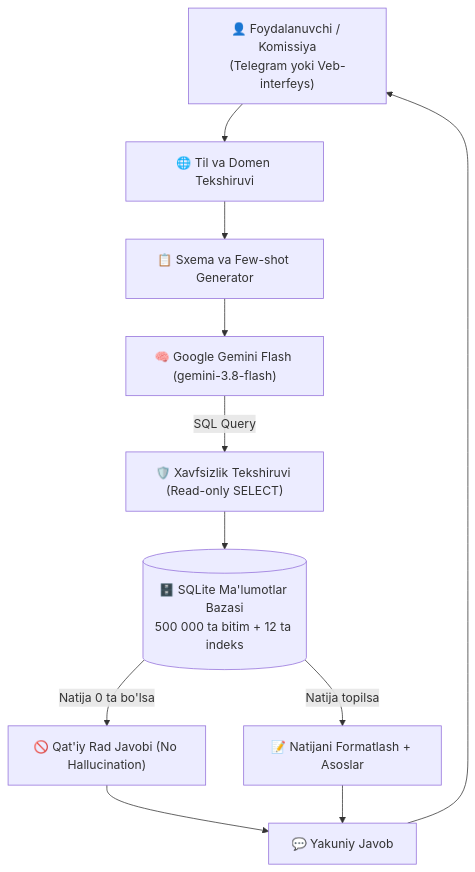
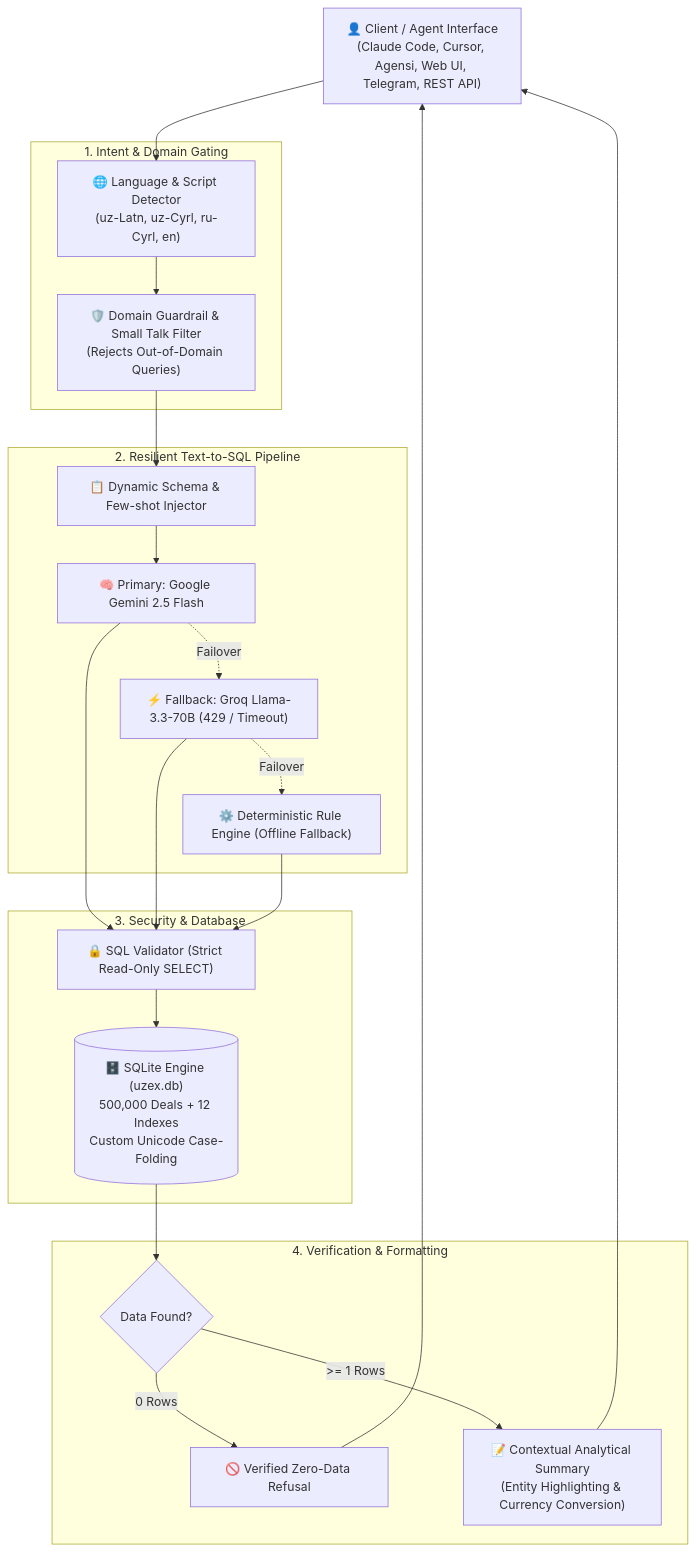
Before and after one commit to MusayevDoniyor/uzex-ai-agent: the diagram in README.md, drawn with Mermaid. The commit also changed other lines of this file and 10 other files, not shown here.

Commit message:
feat: flagship overhaul with MCP server, SKILL.md, Groq fallback, CI/CD and bilingual docs

````diff
--- a/README.md
+++ b/README.md
@@ -33,13 +31,38 @@
 ```mermaid
 flowchart TD
-    User["👤 Foydalanuvchi / Komissiya\n(Telegram yoki Veb-interfeys)"] --> Router["🌐 Til va Domen Tekshiruvi"]
-    Router --> Prompt["📋 Sxema va Few-shot Generator"]
-    Prompt --> LLM["🧠 Google Gemini Flash (gemini-3.8-flash)"]
-    LLM -->|SQL Query| Validator["🛡️ Xavfsizlik Tekshiruvi (Read-only SELECT)"]
-    Validator --> DB[("🗄️ SQLite Ma'lumotlar Bazasi\n500 000 ta bitim + 12 ta indeks")]
-    DB -->|Natija 0 ta bo'lsa| Refusal["🚫 Qat'iy Rad Javobi (No Hallucination)"]
-    DB -->|Natija topilsa| Formatter["📝 Natijani Formatlash + Asoslar"]
-    Refusal --> Response["💬 Yakuniy Javob"]
-    Formatter --> Response
-    Response --> User
+    Client["👤 Client / Agent Interface\n(Claude Code, Cursor, Agensi, Web UI, Telegram, REST API)"]
+    
+    subgraph Routing ["1. Intent & Domain Gating"]
+        Router["🌐 Language & Script Detector\n(uz-Latn, uz-Cyrl, ru-Cyrl, en)"]
+        Guard["🛡️ Domain Guardrail & Small Talk Filter\n(Rejects Out-of-Domain Queries)"]
+    end
+
+    subgraph LLM_Layer ["2. Resilient Text-to-SQL Pipeline"]
+        PromptGen["📋 Dynamic Schema & Few-shot Injector"]
+        Gemini["🧠 Primary: Google Gemini 2.5 Flash"]
+        Groq["⚡ Fallback: Groq Llama-3.3-70B (429 / Timeout)"]
+        RuleFallback["⚙️ Deterministic Rule Engine (Offline Fallback)"]
+    end
+
+    subgraph Execution ["3. Security & Database"]
+        Security["🔒 SQL Validator (Strict Read-Only SELECT)"]
+        DB[("🗄️ SQLite Engine (uzex.db)\n500,000 Deals + 12 Indexes\nCustom Unicode Case-Folding")]
+    end
+
+    subgraph Presentation ["4. Verification & Formatting"]
+        ZeroHallucination{"Data Found?"}
+        Refusal["🚫 Verified Zero-Data Refusal"]
+        AIFormatter["📝 Contextual Analytical Summary\n(Entity Highlighting & Currency Conversion)"]
+    end
+
+    Client --> Router --> Guard --> PromptGen
+    PromptGen --> Gemini
+    Gemini -.->|Failover| Groq
+    Groq -.->|Failover| RuleFallback
+    Gemini --> Security
+    Groq --> Security
+    RuleFallback --> Security
+    Security --> DB --> ZeroHallucination
+    ZeroHallucination -- "0 Rows" --> Refusal --> Client
+    ZeroHallucination -- ">= 1 Rows" --> AIFormatter --> Client
 ```
````
